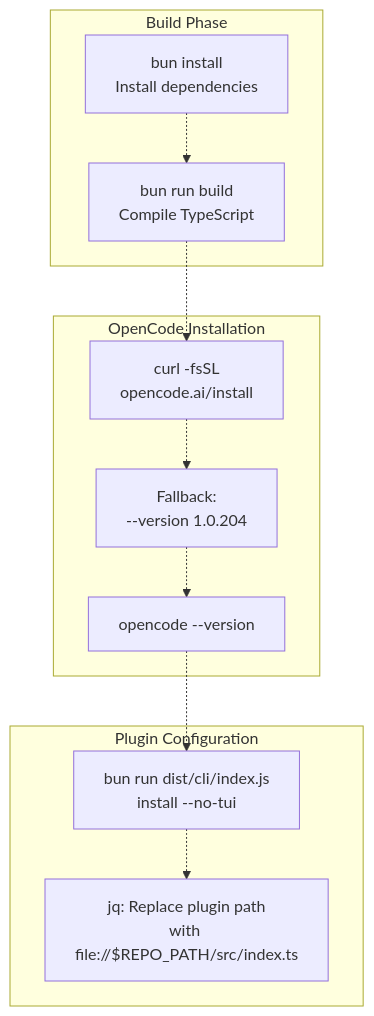
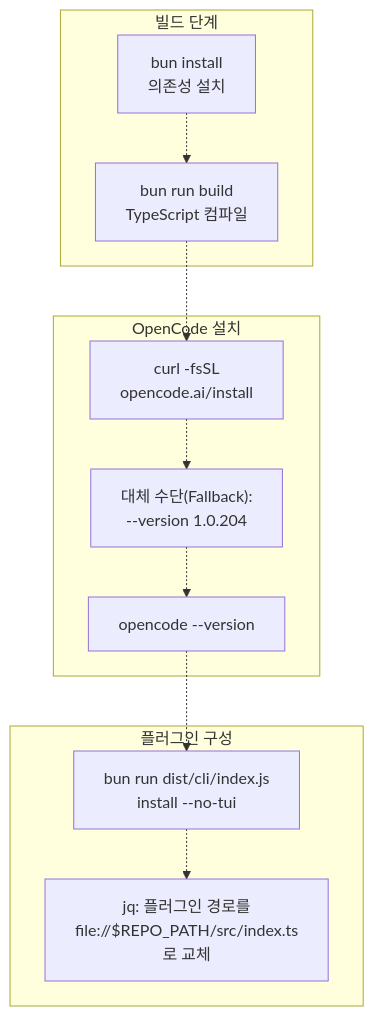
Before and after one commit to felipetruman/oh-my-opencode-docs: the second of 10 diagrams in docs/agents/github-workflow-integration.md, drawn with Mermaid. The commit also changed other lines of this file and 76 other files, not shown here.

````diff
--- a/docs/agents/github-workflow-integration.md
+++ b/docs/agents/github-workflow-integration.md
@@ -94,34 +94,34 @@
 ```mermaid
 flowchart TD
 
-BunInstall["bun install<br>Install dependencies"]
-BunBuild["bun run build<br>Compile TypeScript"]
+BunInstall["bun install<br>의존성 설치"]
+BunBuild["bun run build<br>TypeScript 컴파일"]
 Download["curl -fsSL<br>opencode.ai/install"]
-Fallback["Fallback:<br>--version 1.0.204"]
+Fallback["대체 수단(Fallback):<br>--version 1.0.204"]
 Verify["opencode --version"]
 LocalInstall["bun run dist/cli/index.js<br>install --no-tui"]
-PluginOverride["jq: Replace plugin path<br>with file://$REPO_PATH/src/index.ts"]
+PluginOverride["jq: 플러그인 경로를<br>file://$REPO_PATH/src/index.ts로 교체"]
 
 BunBuild -.-> Download
 Verify -.-> LocalInstall
 
-subgraph subGraph2 ["Plugin Configuration"]
+subgraph subGraph2 ["플러그인 구성"]
     LocalInstall
     PluginOverride
     LocalInstall -.-> PluginOverride
 end
 
-subgraph subGraph1 ["OpenCode Installation"]
+subgraph subGraph1 ["OpenCode 설치"]
     Download
     Fallback
     Verify
     Download -.-> Fallback
     Fallback -.-> Verify
 end
 
-subgraph subGraph0 ["Build Phase"]
+subgraph subGraph0 ["빌드 단계"]
     BunInstall
     BunBuild
     BunInstall -.-> BunBuild
 end
 ```
````
